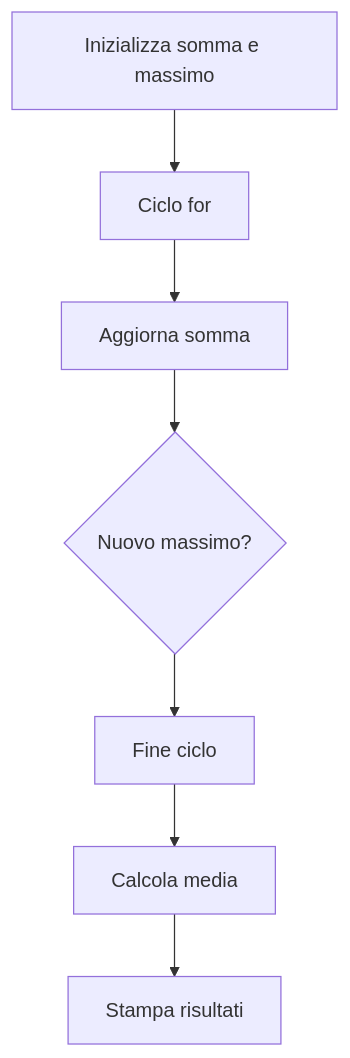
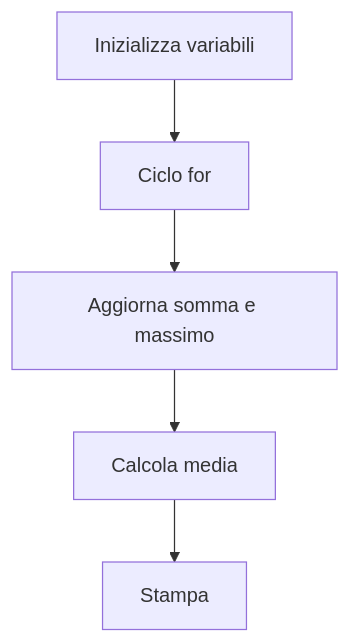
The fourth of 20 diagrams in 04-python-jupyter-analisi-biomedica/README.md (lucadagati/Lab_Fondamenti_di_Informatica_25_26), drawn with Mermaid before and after one commit. The commit also changed other lines of this file, not shown here.

First line of the commit message:
README Lab 4: diagrammi separati per Jupyter e Python

````diff
--- a/04-python-jupyter-analisi-biomedica/README.md
+++ b/04-python-jupyter-analisi-biomedica/README.md
@@ -83,9 +99,7 @@
 ```mermaid
 flowchart TD
-    A[Inizializza somma e massimo] --> B[Ciclo for]
-    B --> C[Aggiorna somma]
-    C --> D{Nuovo massimo?}
-    D --> E[Fine ciclo]
-    E --> F[Calcola media]
-    F --> G[Stampa risultati]
+    A[Inizializza variabili] --> B[Ciclo for]
+    B --> C[Aggiorna somma e massimo]
+    C --> D[Calcola media]
+    D --> E[Stampa]
 ```
````
